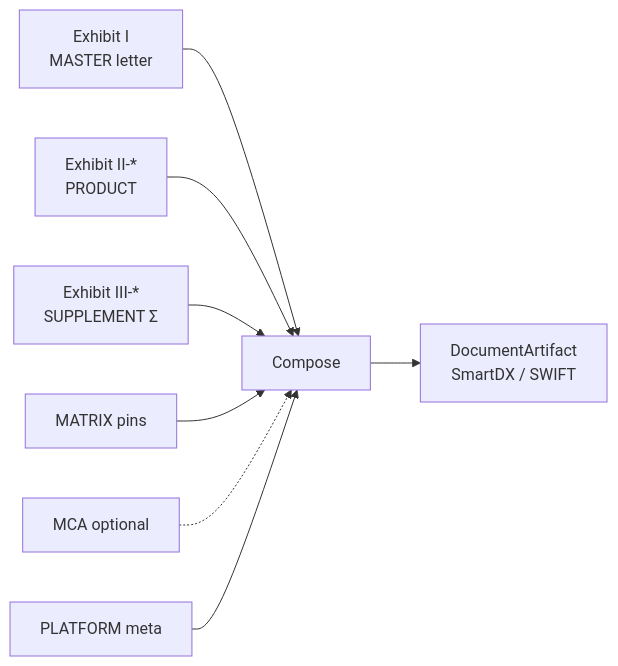
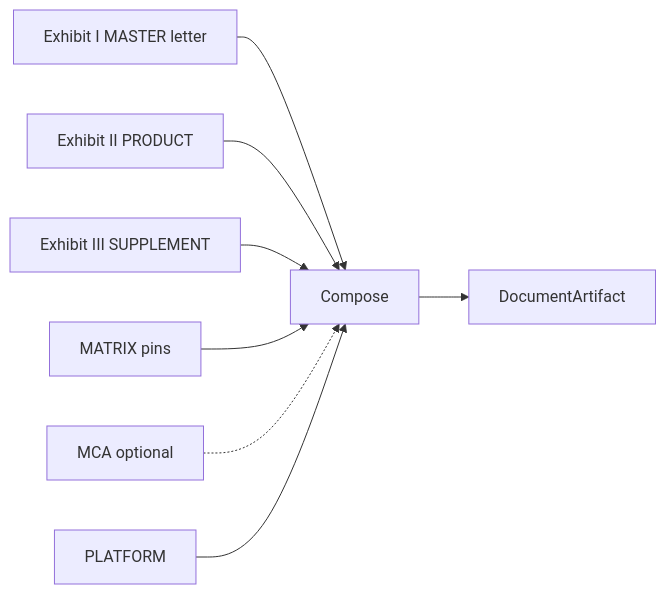
The second of 12 diagrams in docs/prd-cdu-ps-v1.md (dae-nan/con4m8ions), drawn with Mermaid before and after one commit. The commit also changed other lines of this file and 3 other files, not shown here.

First line of the commit message:
PRD v1.2: state diagrams, mermaid fix, LDM reconcile (CON-5)

````diff
--- a/docs/prd-cdu-ps-v1.md
+++ b/docs/prd-cdu-ps-v1.md
@@ -145,10 +170,10 @@
 ```mermaid
 flowchart LR
-  I[Exhibit I<br/>MASTER letter] --> COMP[Compose]
-  II[Exhibit II-*<br/>PRODUCT] --> COMP
-  III[Exhibit III-*<br/>SUPPLEMENT Σ] --> COMP
+  I[Exhibit I MASTER letter] --> COMP[Compose]
+  II[Exhibit II PRODUCT] --> COMP
+  III[Exhibit III SUPPLEMENT] --> COMP
   MX[MATRIX pins] --> COMP
   MCA[MCA optional] -.-> COMP
-  PL[PLATFORM meta] --> COMP
-  COMP --> DOC[DocumentArtifact<br/>SmartDX / SWIFT]
+  PL[PLATFORM] --> COMP
+  COMP --> DOC[DocumentArtifact]
 ```
````
